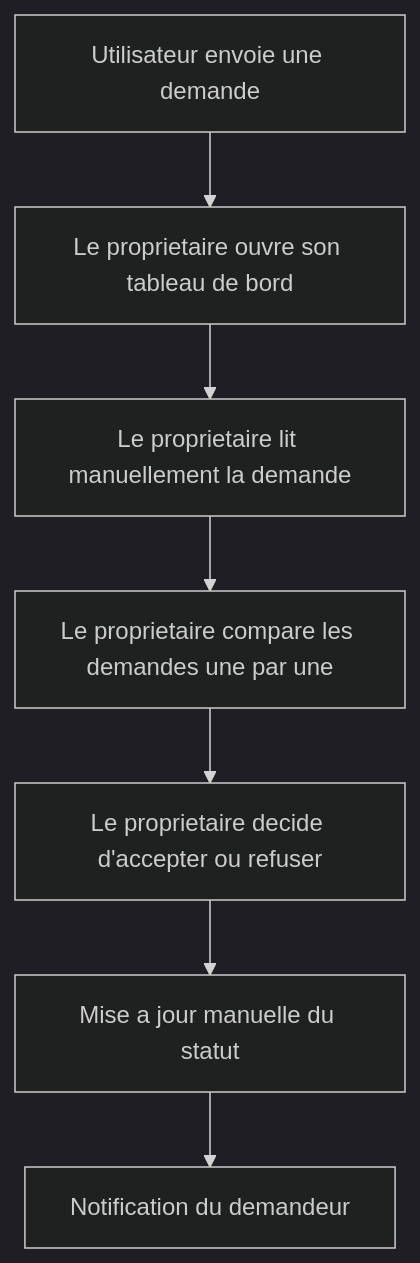
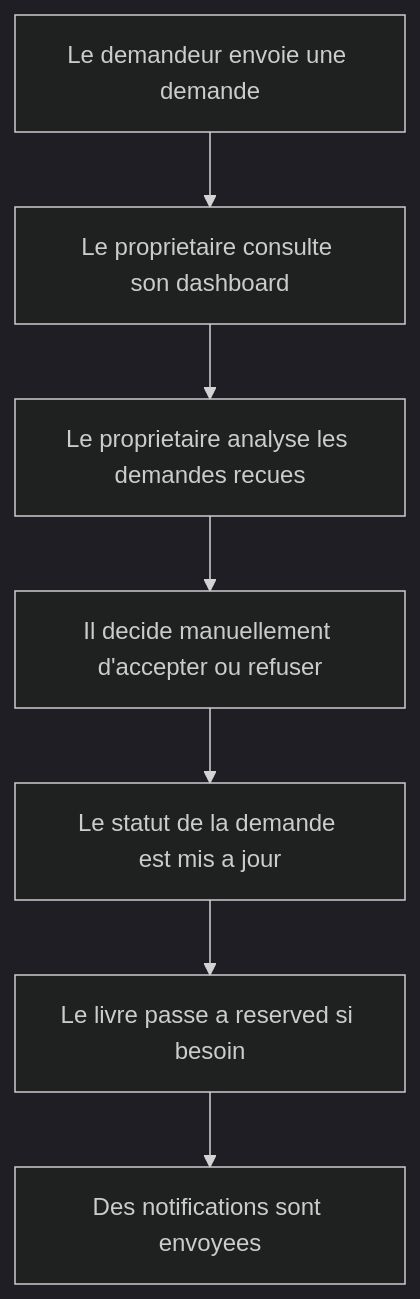
One commit to MrTBK/bookcycle-tunisia changed the second of 5 diagrams in RPA_AGL_DIAGRAMMES_ET_SECTIONS.md. Above: the diagram before and after it, drawn with Mermaid (dark theme). The commit also changed other lines of this file and 12 other files, not shown here.

````diff
--- a/RPA_AGL_DIAGRAMMES_ET_SECTIONS.md
+++ b/RPA_AGL_DIAGRAMMES_ET_SECTIONS.md
@@ -87,9 +94,9 @@
 ```mermaid
 flowchart TD
-    A["Utilisateur envoie une demande"] --> B["Le proprietaire ouvre son tableau de bord"]
-    B --> C["Le proprietaire lit manuellement la demande"]
-    C --> D["Le proprietaire compare les demandes une par une"]
-    D --> E["Le proprietaire decide d'accepter ou refuser"]
-    E --> F["Mise a jour manuelle du statut"]
-    F --> G["Notification du demandeur"]
+    A["Le demandeur envoie une demande"] --> B["Le proprietaire consulte son dashboard"]
+    B --> C["Le proprietaire analyse les demandes recues"]
+    C --> D["Il decide manuellement d'accepter ou refuser"]
+    D --> E["Le statut de la demande est mis a jour"]
+    E --> F["Le livre passe a reserved si besoin"]
+    F --> G["Des notifications sont envoyees"]
 ```
````
